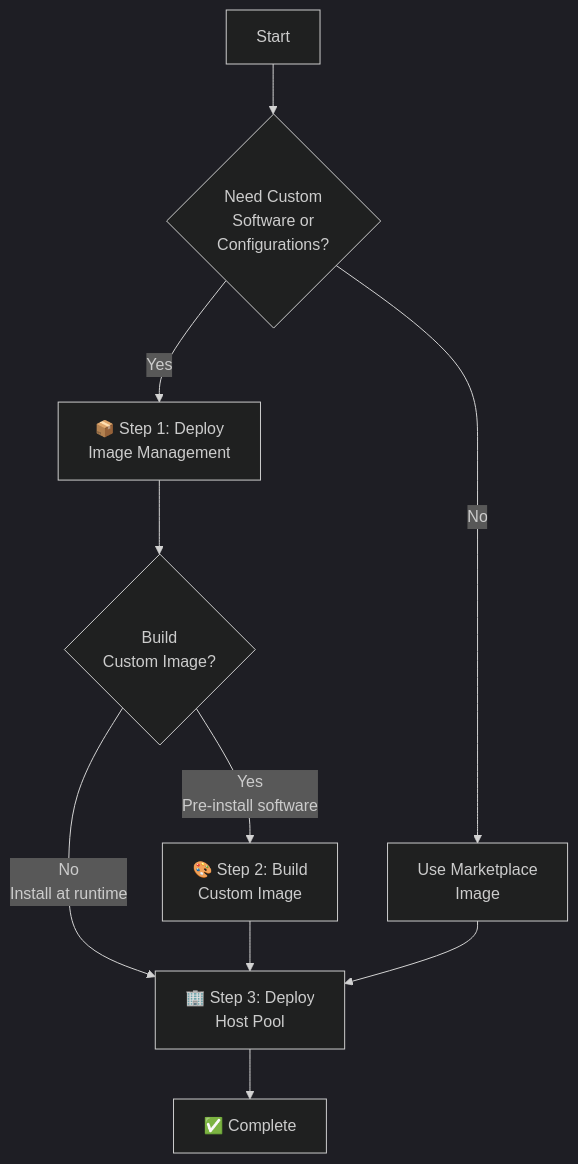
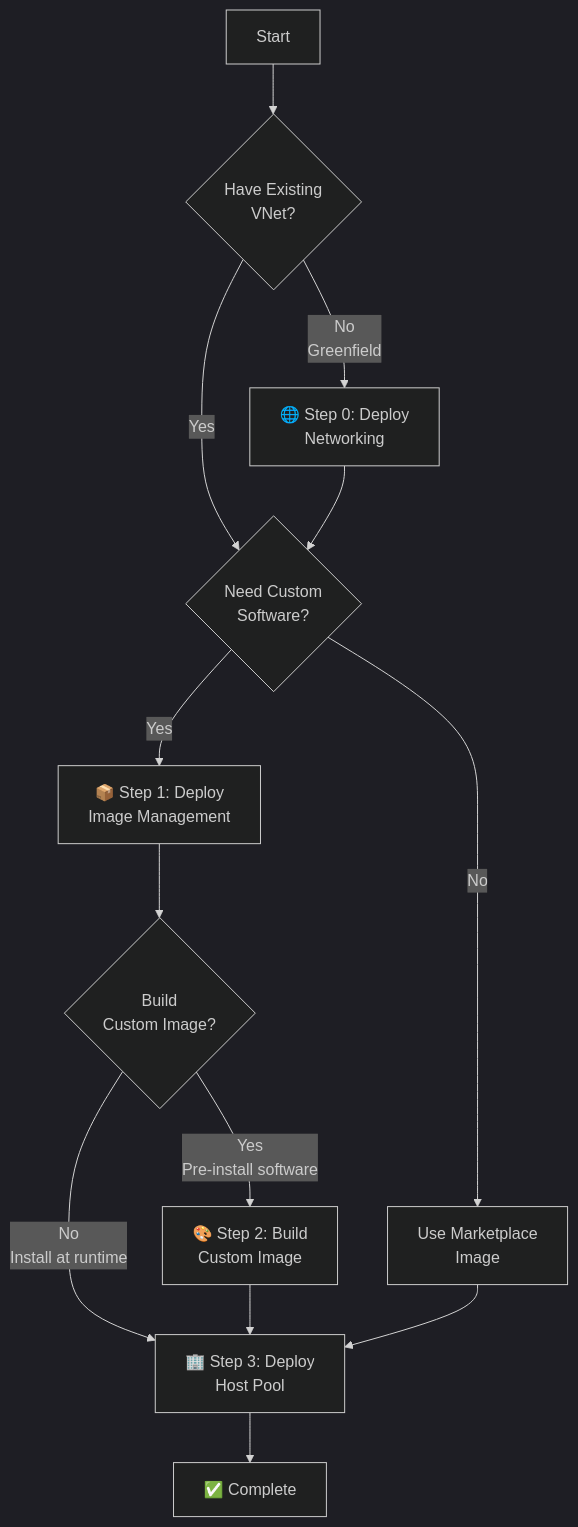
Before and after one commit to Azure/FederalAVD: the diagram in docs/quickStart.md, drawn with Mermaid (dark theme). The commit also changed other lines of this file and 1 other file, not shown here.

Commit message:
added the networking prereq option

````diff
--- a/docs/quickStart.md
+++ b/docs/quickStart.md
@@ -11,12 +11,15 @@
 ```mermaid
 graph TD
-    A[Start] --> B{Need Custom<br/>Software or<br/>Configurations?}
-    B -->|Yes| C[📦 Step 1: Deploy<br/>Image Management]
-    B -->|No| D[Use Marketplace<br/>Image]
-    C --> E{Build<br/>Custom Image?}
-    E -->|Yes<br/>Pre-install software| F[🎨 Step 2: Build<br/>Custom Image]
-    E -->|No<br/>Install at runtime| H[🏢 Step 3: Deploy<br/>Host Pool]
-    F --> H
-    D --> H
-    H --> I[✅ Complete]
+    A[Start] --> B{Have Existing<br/>VNet?}
+    B -->|No<br/>Greenfield| C[🌐 Step 0: Deploy<br/>Networking]
+    B -->|Yes| D{Need Custom<br/>Software?}
+    C --> D
+    D -->|Yes| E[📦 Step 1: Deploy<br/>Image Management]
+    D -->|No| F[Use Marketplace<br/>Image]
+    E --> G{Build<br/>Custom Image?}
+    G -->|Yes<br/>Pre-install software| H[🎨 Step 2: Build<br/>Custom Image]
+    G -->|No<br/>Install at runtime| I[🏢 Step 3: Deploy<br/>Host Pool]
+    H --> I
+    F --> I
+    I --> J[✅ Complete]
 ```
````
